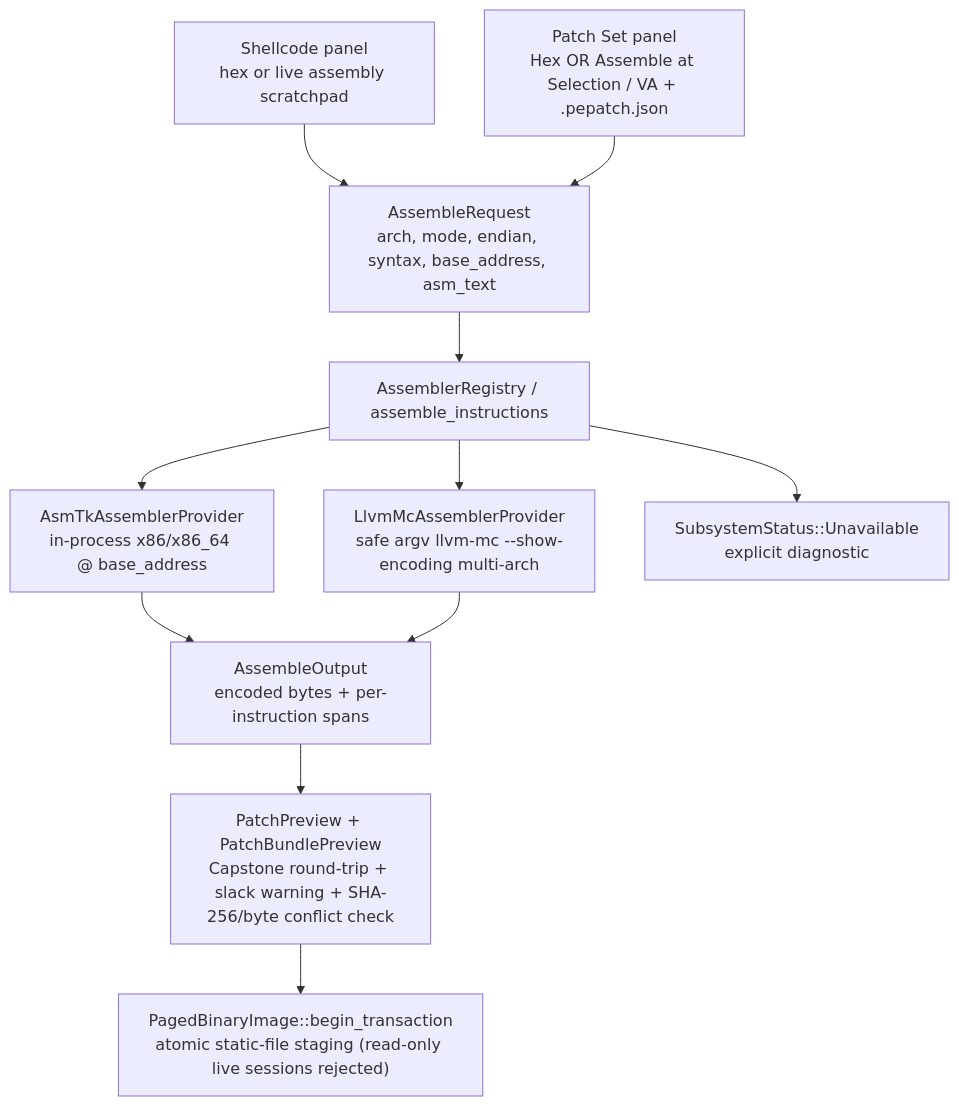
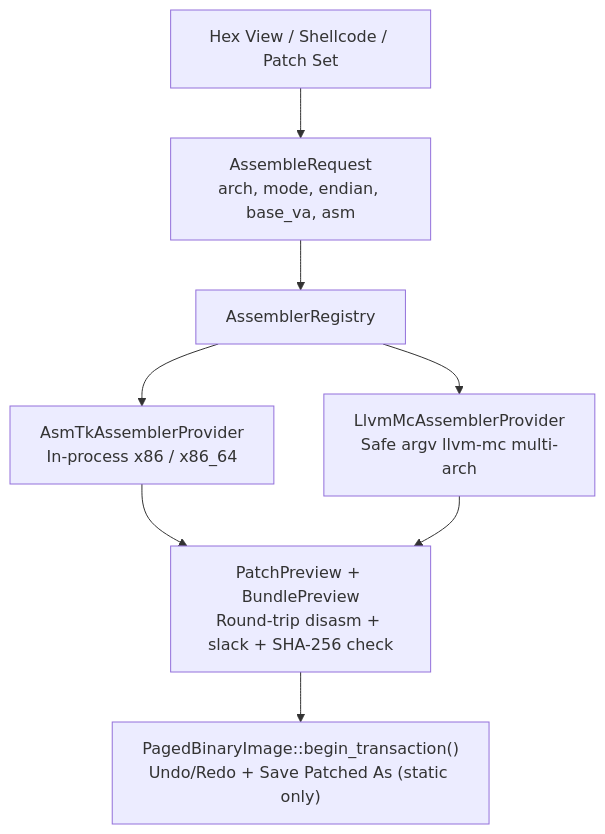
One commit to wsollers/exe_viewer changed the fifth of 7 diagrams in docs/ARCHITECTURE.md. Above: the diagram before and after it, drawn with Mermaid. The commit also changed other lines of this file and 4 other files, not shown here.

Commit message:
Reconcile architecture/README docs, publish C++23 & next-gen roadmap design, and add user guide

````diff
--- a/docs/ARCHITECTURE.md
+++ b/docs/ARCHITECTURE.md
@@ -176,24 +144,18 @@
 ```mermaid
 flowchart TD
-    shellcode["Shellcode panel<br/>hex or live assembly scratchpad"]
-    patch["Patch Set panel<br/>Hex OR Assemble at Selection / VA + .pepatch.json"]
-    request["AssembleRequest<br/>arch, mode, endian, syntax, base_address, asm_text"]
-    manager["AssemblerRegistry / assemble_instructions"]
-    asmtk["AsmTkAssemblerProvider<br/>in-process x86/x86_64 @ base_address"]
-    llvm["LlvmMcAssemblerProvider<br/>safe argv llvm-mc --show-encoding multi-arch"]
-    unavailable["SubsystemStatus::Unavailable<br/>explicit diagnostic"]
-    result["AssembleOutput<br/>encoded bytes + per-instruction spans"]
-    preview["PatchPreview + PatchBundlePreview<br/>Capstone round-trip + slack warning + SHA-256/byte conflict check"]
-    tx["PagedBinaryImage::begin_transaction<br/>atomic static-file staging (read-only live sessions rejected)"]
+    ui["Hex View / Shellcode / Patch Set"]
+    req["AssembleRequest<br/>arch, mode, endian, base_va, asm"]
+    reg["AssemblerRegistry"]
+    asmtk["AsmTkAssemblerProvider<br/>In-process x86 / x86_64"]
+    llvm["LlvmMcAssemblerProvider<br/>Safe argv llvm-mc multi-arch"]
+    prev["PatchPreview + BundlePreview<br/>Round-trip disasm + slack + SHA-256 check"]
+    tx["PagedBinaryImage::begin_transaction()<br/>Undo/Redo + Save Patched As (static only)"]
 
-    shellcode --> request
-    patch --> request
-    request --> manager
-    manager --> asmtk
-    manager --> llvm
-    manager --> unavailable
-    asmtk --> result
-    llvm --> result
-    result --> preview
-    preview --> tx
+    ui --> req
+    req --> reg
+    reg --> asmtk
+    reg --> llvm
+    asmtk --> prev
+    llvm --> prev
+    prev --> tx
 ```
````
